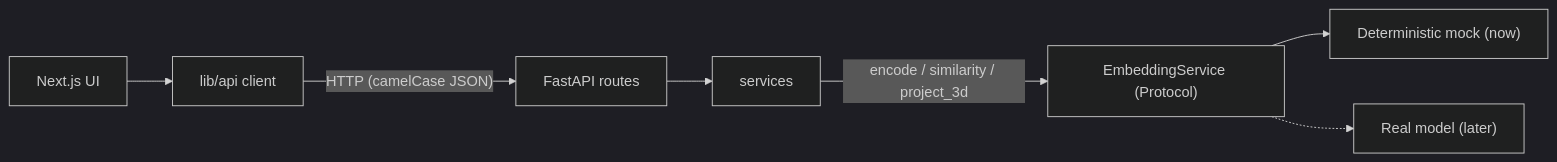
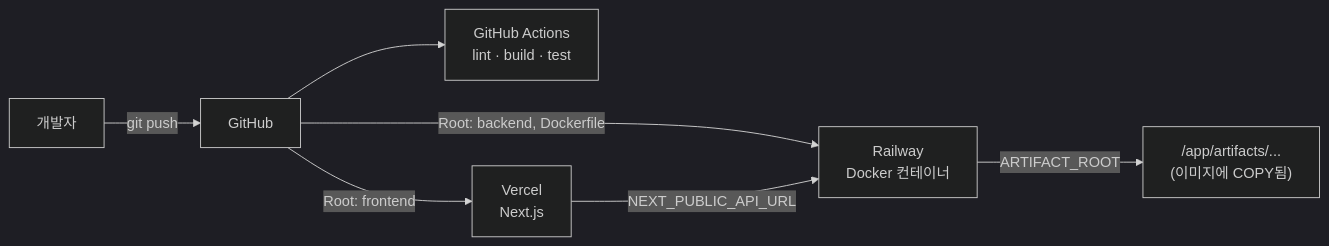
One commit to ssomda04/word-orbit changed the fifth of 5 diagrams in README.md. Above: the diagram before and after it, drawn with Mermaid (dark theme). The commit also changed other lines of this file, not shown here.

Commit message:
docs: update project README

````diff
--- a/README.md
+++ b/README.md
@@ -99,9 +387,9 @@
 ```mermaid
 flowchart LR
-    UI["Next.js UI"] --> APIClient["lib/api client"]
-    APIClient -- "HTTP (camelCase JSON)" --> Routes["FastAPI routes"]
-    Routes --> Services["services"]
-    Services -- "encode / similarity / project_3d" --> Emb["EmbeddingService (Protocol)"]
-    Emb --> Mock["Deterministic mock (now)"]
-    Emb -.-> Real["Real model (later)"]
+    Dev["개발자"] -- "git push" --> GH["GitHub"]
+    GH --> CI["GitHub Actions<br/>lint · build · test"]
+    GH -- "Root: frontend" --> VC["Vercel<br/>Next.js"]
+    GH -- "Root: backend, Dockerfile" --> RW["Railway<br/>Docker 컨테이너"]
+    VC -- "NEXT_PUBLIC_API_URL" --> RW
+    RW -- "ARTIFACT_ROOT" --> ART["/app/artifacts/... <br/>(이미지에 COPY됨)"]
 ```
````
